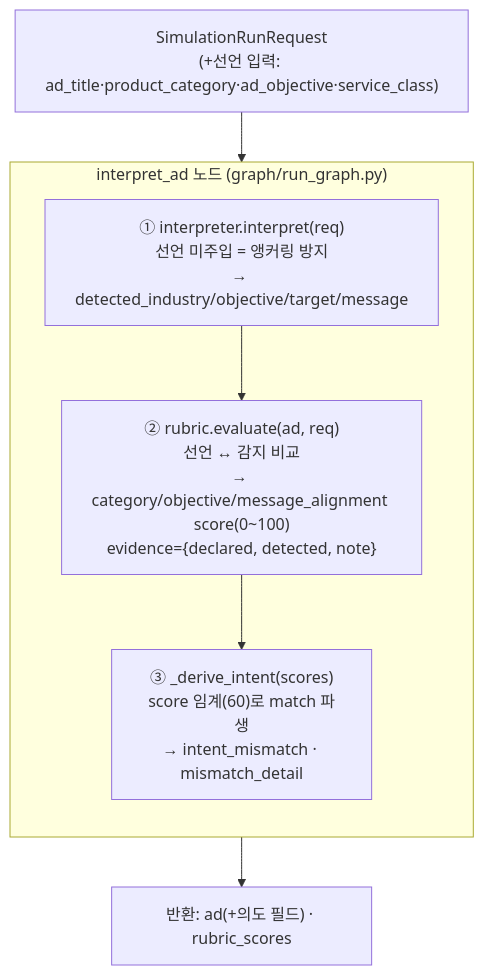
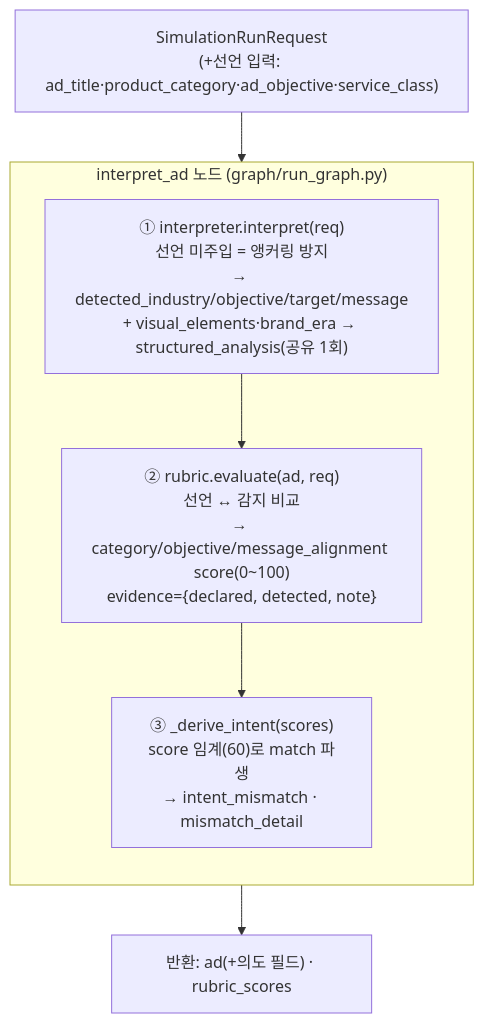
The second of 3 diagrams in docs/simulation/Persona/SIMULATOR_GRAPH_TOPOLOGY.md (cclickstudio/click-me), drawn with Mermaid before and after one commit. The commit also changed other lines of this file and 6 other files, not shown here.

````diff
--- a/docs/simulation/Persona/SIMULATOR_GRAPH_TOPOLOGY.md
+++ b/docs/simulation/Persona/SIMULATOR_GRAPH_TOPOLOGY.md
@@ -63,13 +63,13 @@
 ```mermaid
 flowchart TB
     REQ["SimulationRunRequest<br/>(+선언 입력: ad_title·product_category·ad_objective·service_class)"]
     subgraph IA["interpret_ad 노드 (graph/run_graph.py)"]
         direction TB
-        S1["① interpreter.interpret(req)<br/>선언 미주입 = 앵커링 방지<br/>→ detected_industry/objective/target/message"]
+        S1["① interpreter.interpret(req)<br/>선언 미주입 = 앵커링 방지<br/>→ detected_industry/objective/target/message<br/>+ visual_elements·brand_era → structured_analysis(공유 1회)"]
         S2["② rubric.evaluate(ad, req)<br/>선언 ↔ 감지 비교<br/>→ category/objective/message_alignment score(0~100)<br/>evidence={declared, detected, note}"]
         S3["③ _derive_intent(scores)<br/>score 임계(60)로 match 파생<br/>→ intent_mismatch · mismatch_detail"]
         S1 --> S2 --> S3
     end
     REQ --> S1
     S3 --> OUT["반환: ad(+의도 필드) · rubric_scores"]
 ```
````
